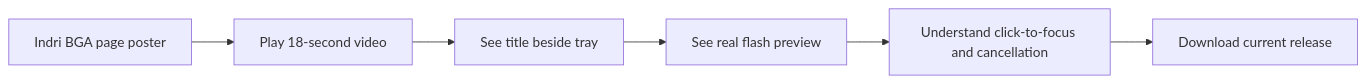
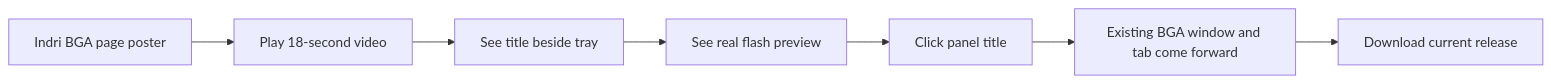
One commit to wbniv/bga-title-tray changed the first of 2 diagrams in docs/plans/2026-10-18-promo-video.md. Above: the diagram before and after it, drawn with Mermaid. The commit also changed other lines of this file, not shown here.

Commit message:
Plan click-to-focus shot for BGA demo

````diff
--- a/docs/plans/2026-10-18-promo-video.md
+++ b/docs/plans/2026-10-18-promo-video.md
@@ -54,8 +60,9 @@
 ```mermaid
 flowchart LR
     A[Indri BGA page poster] --> B[Play 18-second video]
     B --> C[See title beside tray]
     C --> D[See real flash preview]
-    D --> E[Understand click-to-focus and cancellation]
-    E --> F[Download current release]
+    D --> E[Click panel title]
+    E --> F[Existing BGA window and tab come forward]
+    F --> G[Download current release]
 ```
````
